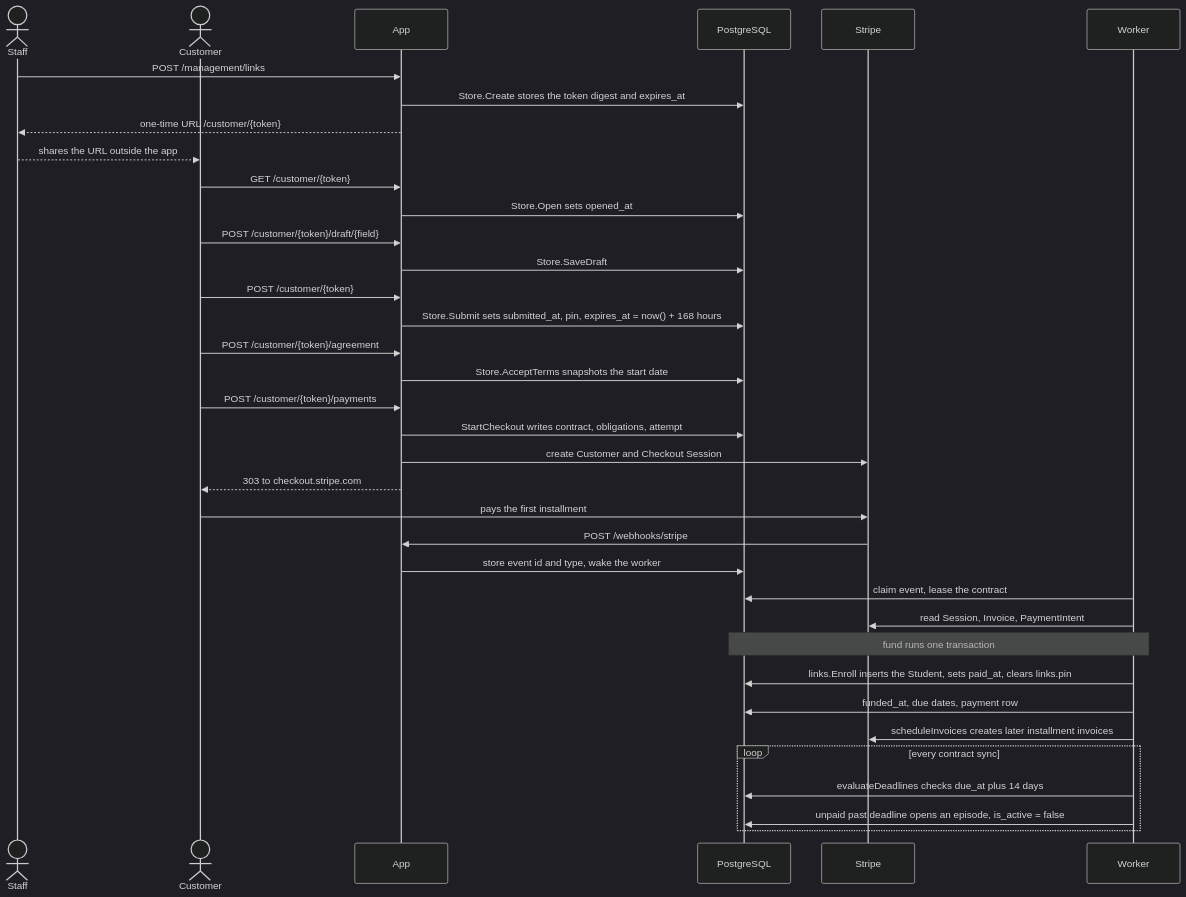
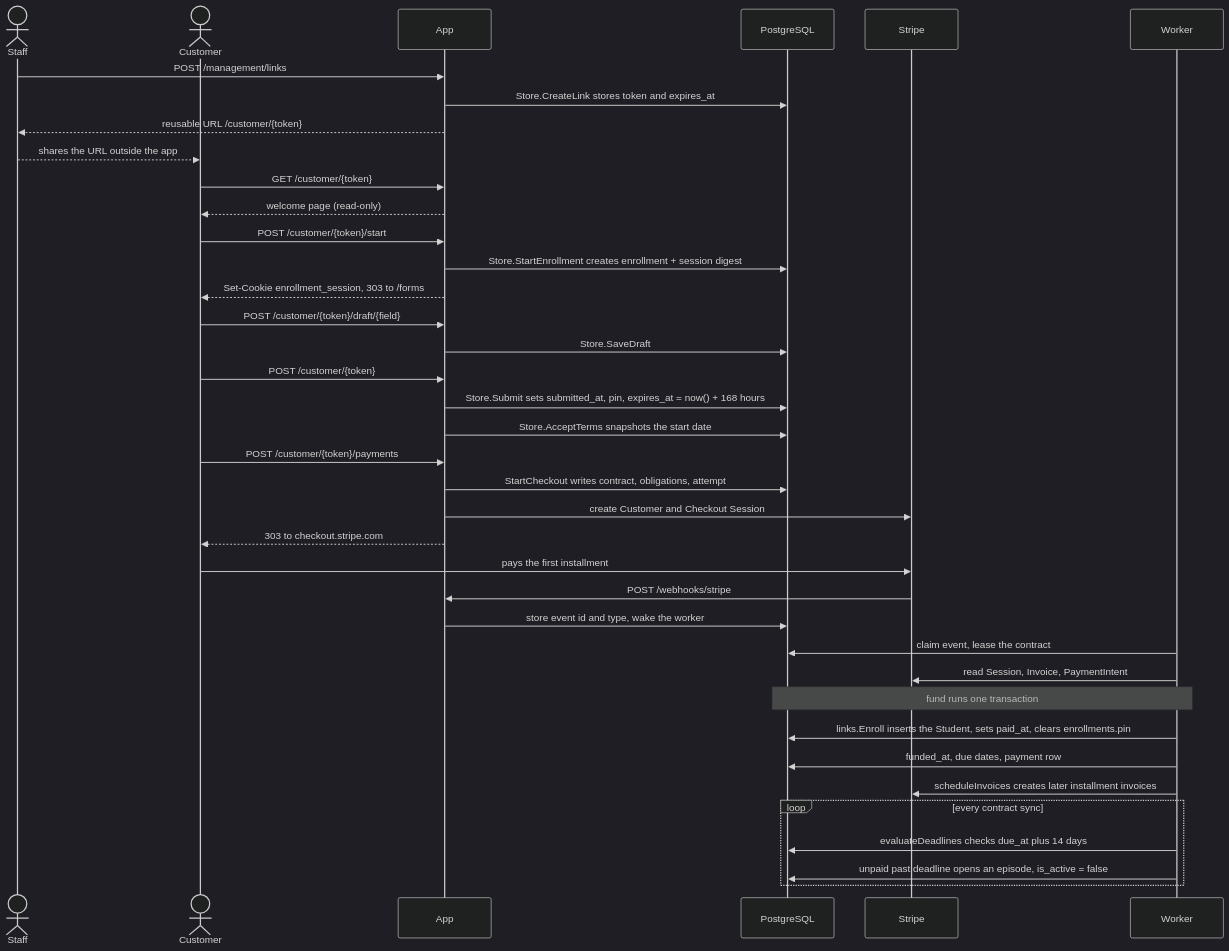
Before and after one commit to devGabriel131/ProjectHermes: the first of 2 diagrams in docs/domain/lifecycle.md, drawn with Mermaid (dark theme). The commit also changed other lines of this file and 63 other files, not shown here.

Commit message:
feat: add reusable links with enrollment sessions and k6 capacity test

````diff
--- a/docs/domain/lifecycle.md
+++ b/docs/domain/lifecycle.md
@@ -27,38 +28,40 @@
 ```mermaid
 sequenceDiagram
     actor Staff
     actor Customer
     participant App
     participant PostgreSQL
     participant Stripe
     participant Worker
     Staff->>App: POST /management/links
-    App->>PostgreSQL: Store.Create stores the token digest and expires_at
-    App-->>Staff: one-time URL /customer/{token}
+    App->>PostgreSQL: Store.CreateLink stores token and expires_at
+    App-->>Staff: reusable URL /customer/{token}
     Staff-->>Customer: shares the URL outside the app
     Customer->>App: GET /customer/{token}
-    App->>PostgreSQL: Store.Open sets opened_at
+    App-->>Customer: welcome page (read-only)
+    Customer->>App: POST /customer/{token}/start
+    App->>PostgreSQL: Store.StartEnrollment creates enrollment + session digest
+    App-->>Customer: Set-Cookie enrollment_session, 303 to /forms
     Customer->>App: POST /customer/{token}/draft/{field}
     App->>PostgreSQL: Store.SaveDraft
     Customer->>App: POST /customer/{token}
     App->>PostgreSQL: Store.Submit sets submitted_at, pin, expires_at = now() + 168 hours
-    Customer->>App: POST /customer/{token}/agreement
     App->>PostgreSQL: Store.AcceptTerms snapshots the start date
     Customer->>App: POST /customer/{token}/payments
     App->>PostgreSQL: StartCheckout writes contract, obligations, attempt
     App->>Stripe: create Customer and Checkout Session
     App-->>Customer: 303 to checkout.stripe.com
     Customer->>Stripe: pays the first installment
     Stripe->>App: POST /webhooks/stripe
     App->>PostgreSQL: store event id and type, wake the worker
     Worker->>PostgreSQL: claim event, lease the contract
     Worker->>Stripe: read Session, Invoice, PaymentIntent
     Note over Worker,PostgreSQL: fund runs one transaction
-    Worker->>PostgreSQL: links.Enroll inserts the Student, sets paid_at, clears links.pin
+    Worker->>PostgreSQL: links.Enroll inserts the Student, sets paid_at, clears enrollments.pin
     Worker->>PostgreSQL: funded_at, due dates, payment row
     Worker->>Stripe: scheduleInvoices creates later installment invoices
     loop every contract sync
         Worker->>PostgreSQL: evaluateDeadlines checks due_at plus 14 days
         Worker->>PostgreSQL: unpaid past deadline opens an episode, is_active = false
     end
 ```
````
